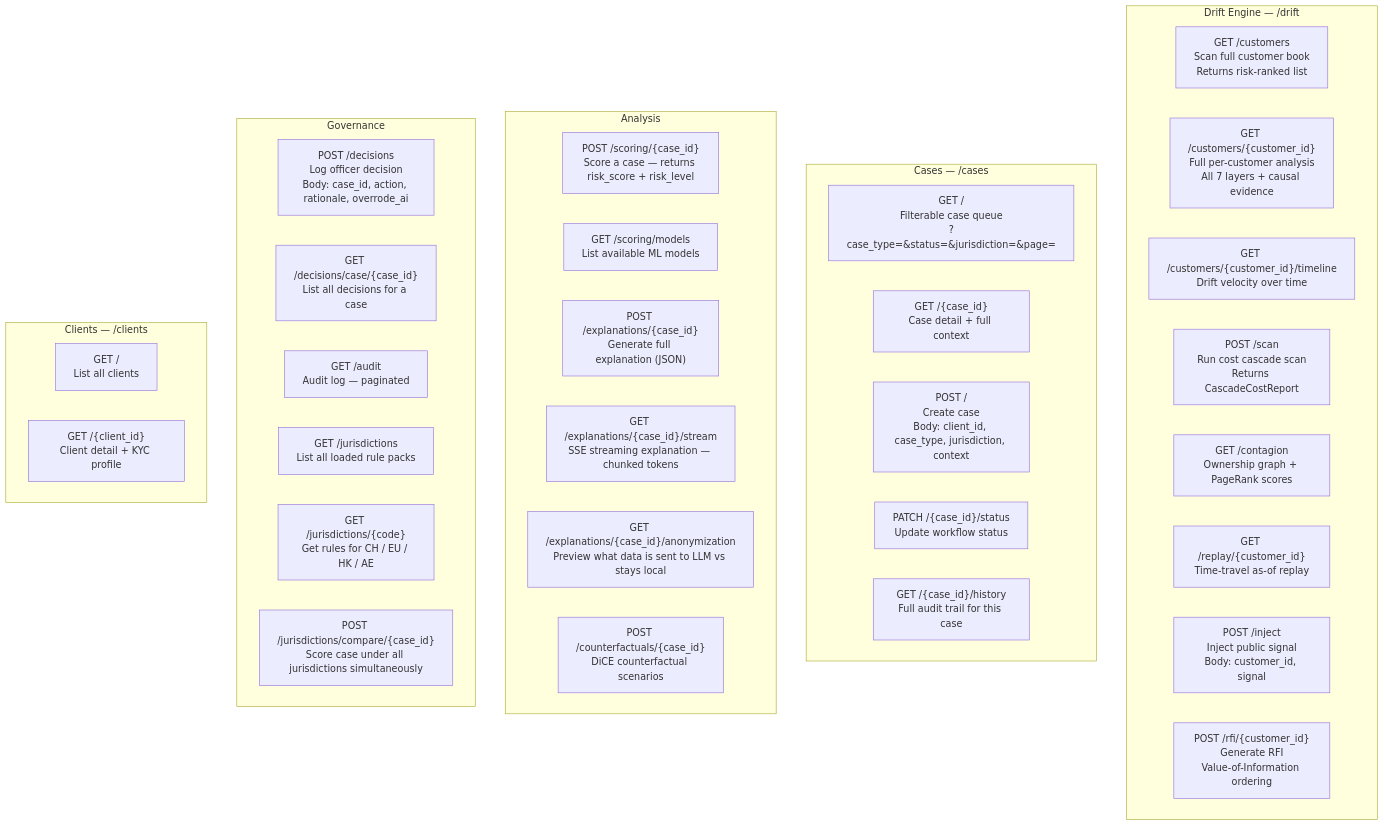
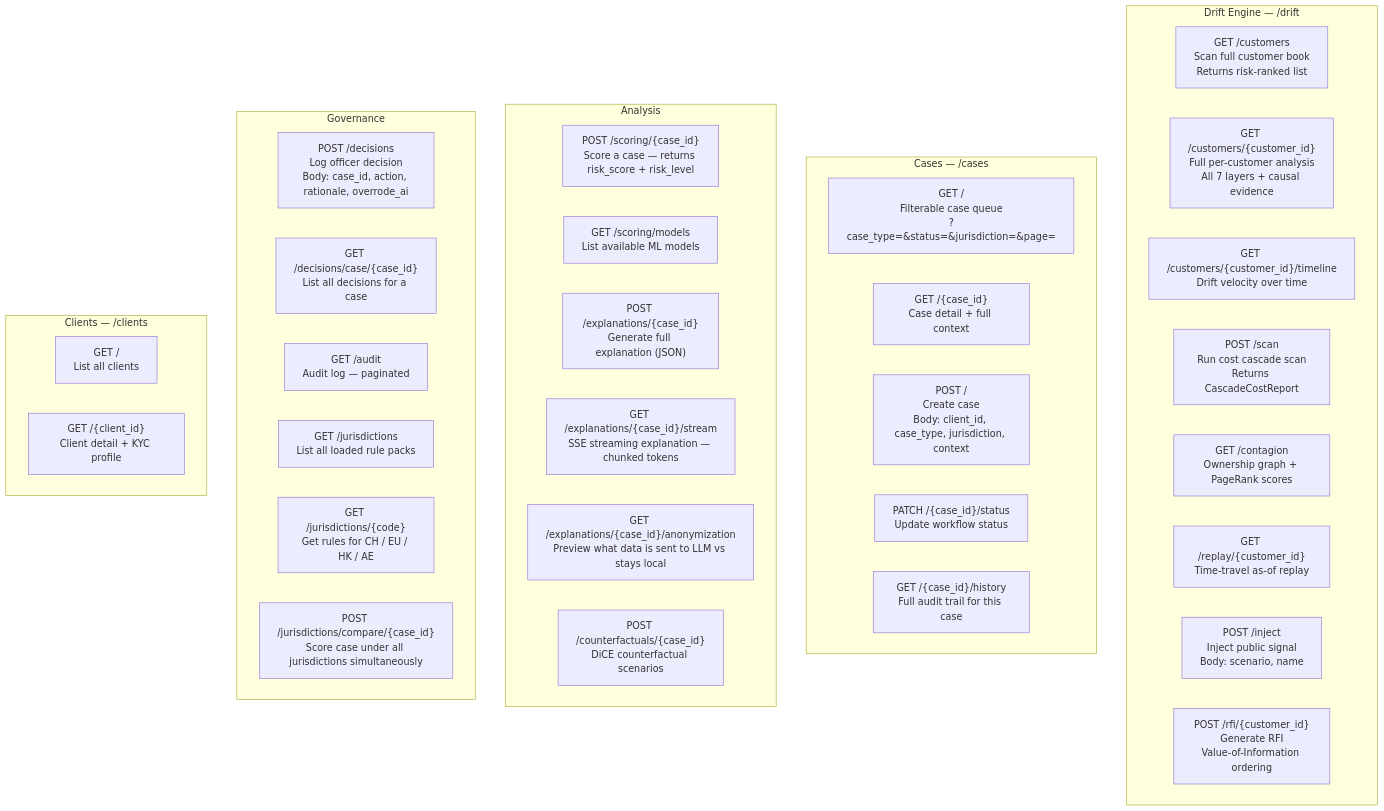
One commit to SteveDok22/Swisshacks-2026 changed the first of 3 diagrams in docs/api.md. Above: the diagram before and after it, drawn with Mermaid. The commit also changed 11 other files, not shown here.

````diff
--- a/docs/api.md
+++ b/docs/api.md
@@ -9,44 +9,44 @@
 ```mermaid
 graph TB
     subgraph Drift["Drift Engine  — /drift"]
         D1["GET /customers\nScan full customer book\nReturns risk-ranked list"]
         D2["GET /customers/{customer_id}\nFull per-customer analysis\nAll 7 layers + causal evidence"]
         D3["GET /customers/{customer_id}/timeline\nDrift velocity over time"]
         D4["POST /scan\nRun cost cascade scan\nReturns CascadeCostReport"]
         D5["GET /contagion\nOwnership graph + PageRank scores"]
         D6["GET /replay/{customer_id}\nTime-travel as-of replay"]
-        D7["POST /inject\nInject public signal\nBody: customer_id, signal"]
+        D7["POST /inject\nInject public signal\nBody: scenario, name"]
         D8["POST /rfi/{customer_id}\nGenerate RFI\nValue-of-Information ordering"]
     end
 
     subgraph Cases["Cases  — /cases"]
         C1["GET /\nFilterable case queue\n?case_type=&status=&jurisdiction=&page="]
         C2["GET /{case_id}\nCase detail + full context"]
         C3["POST /\nCreate case\nBody: client_id, case_type, jurisdiction, context"]
         C4["PATCH /{case_id}/status\nUpdate workflow status"]
         C5["GET /{case_id}/history\nFull audit trail for this case"]
     end
 
     subgraph Analysis["Analysis"]
         A1["POST /scoring/{case_id}\nScore a case — returns risk_score + risk_level"]
         A2["GET /scoring/models\nList available ML models"]
         A3["POST /explanations/{case_id}\nGenerate full explanation (JSON)"]
         A4["GET /explanations/{case_id}/stream\nSSE streaming explanation — chunked tokens"]
         A5["GET /explanations/{case_id}/anonymization\nPreview what data is sent to LLM vs stays local"]
         A6["POST /counterfactuals/{case_id}\nDiCE counterfactual scenarios"]
     end
 
     subgraph Governance["Governance"]
         G1["POST /decisions\nLog officer decision\nBody: case_id, action, rationale, overrode_ai"]
         G2["GET /decisions/case/{case_id}\nList all decisions for a case"]
         G3["GET /audit\nAudit log — paginated"]
         G4["GET /jurisdictions\nList all loaded rule packs"]
         G5["GET /jurisdictions/{code}\nGet rules for CH / EU / HK / AE"]
         G6["POST /jurisdictions/compare/{case_id}\nScore case under all jurisdictions simultaneously"]
     end
 
     subgraph Clients["Clients  — /clients"]
         CL1["GET /\nList all clients"]
         CL2["GET /{client_id}\nClient detail + KYC profile"]
     end
 ```
````
